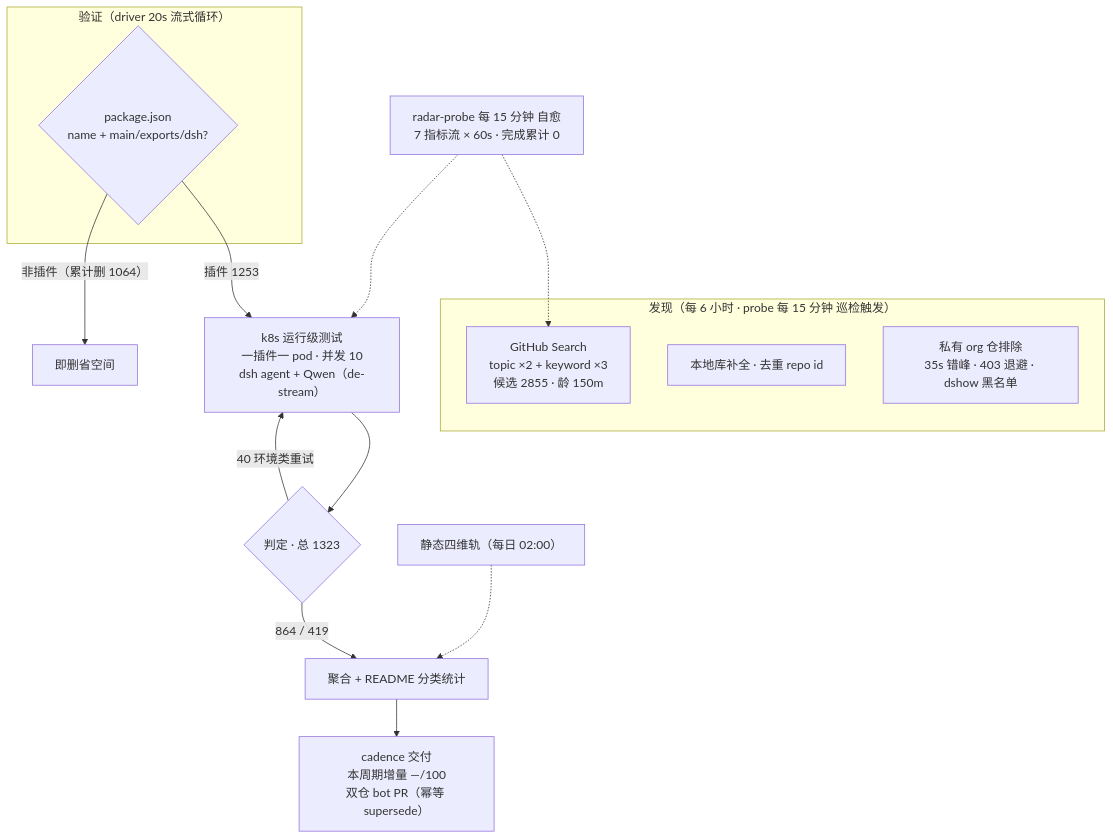
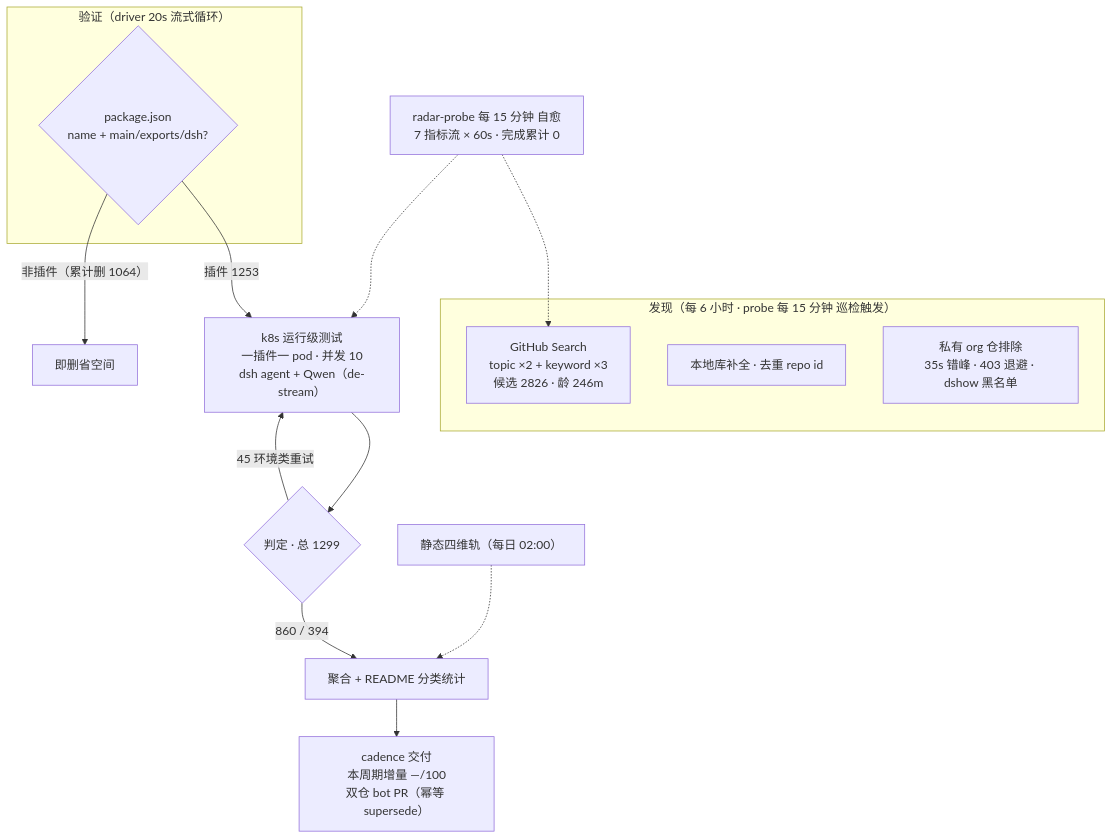
The diagram in README.md (Zhidao-Lab-OSS/awesome-dsh-plugins), drawn with Mermaid before and after one commit. The commit also changed other lines of this file and 1 other file, not shown here.

````diff
--- a/README.md
+++ b/README.md
@@ -30,20 +30,20 @@
 ```mermaid
 flowchart TB
     subgraph Discovery[" 发现（每 6 小时 · probe 每 15 分钟 巡检触发）"]
-        A1["GitHub Search<br/>topic ×2 + keyword ×3<br/>候选 2855 · 龄 150m"]
+        A1["GitHub Search<br/>topic ×2 + keyword ×3<br/>候选 2826 · 龄 246m"]
         A2["本地库补全 · 去重 repo id"]
         A3[" 私有 org 仓排除<br/>35s 错峰 · 403 退避 · dshow 黑名单"]
     end
     subgraph Validation[" 验证（driver 20s 流式循环）"]
         B1{"package.json<br/>name + main/exports/dsh?"}
     end
     B1 -->|"插件 1253"| C1["k8s 运行级测试<br/>一插件一 pod · 并发 10<br/>dsh agent + Qwen（de-stream）"]
     B1 -->|"非插件（累计删 1064）"| B3[" 即删省空间"]
-    C1 --> D1{"判定 · 总 1323"}
-    D1 -->|" 864 /  419"| E1["聚合 + README 分类统计"]
-    D1 -->|" 40 环境类重试"| C1
+    C1 --> D1{"判定 · 总 1299"}
+    D1 -->|" 860 /  394"| E1["聚合 + README 分类统计"]
+    D1 -->|" 45 环境类重试"| C1
     E1 --> E2["cadence 交付<br/>本周期增量 —/100<br/>双仓 bot PR（幂等 supersede）"]
     S[" 静态四维轨（每日 02:00）"] -.-> E1
     M[" radar-probe 每 15 分钟 自愈<br/>7 指标流 × 60s · 完成累计 0"] -.-> A1
     M -.-> C1
 ```
````
